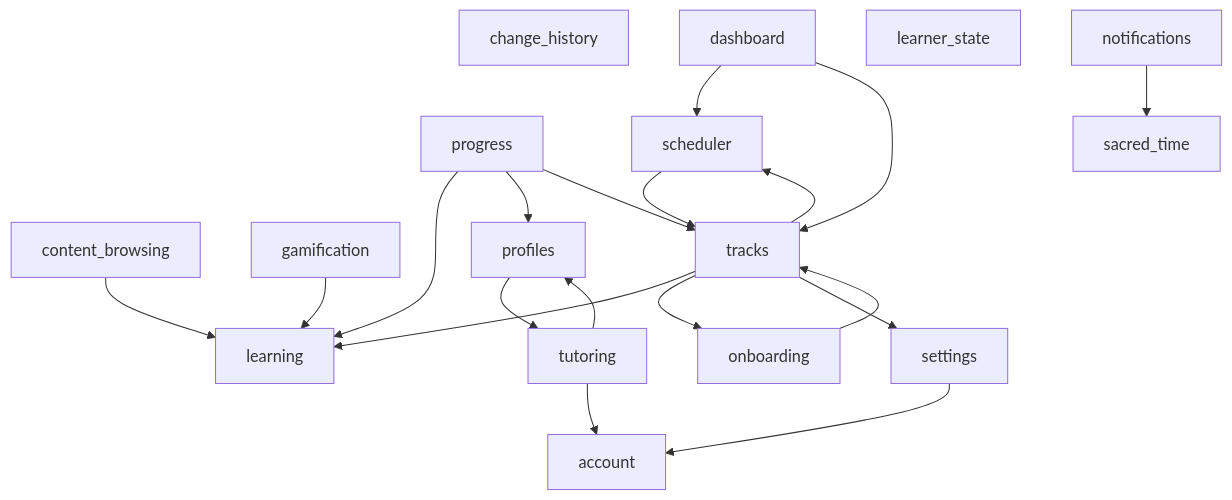
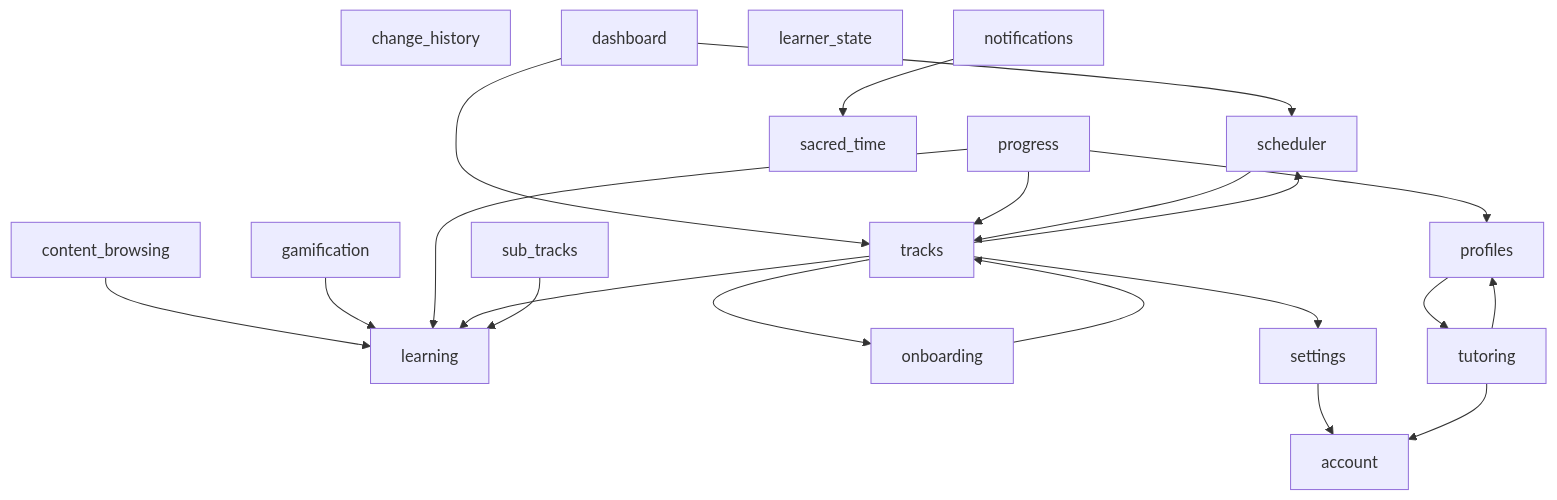
The second of 4 diagrams in docs/architecture.md (dniasoff/learning-tracker), drawn with Mermaid before and after one commit. The commit also changed 3 other files, not shown here.

First line of the commit message:
chore(sub-tracks): DNI-499 T8 feature graph lists sub_tracks and learner_state; seams cite their bead

````diff
--- a/docs/architecture.md
+++ b/docs/architecture.md
@@ -240,38 +240,39 @@
 ```mermaid
 graph TD
     account["account"]
     change_history["change_history"]
     content_browsing["content_browsing"]
     dashboard["dashboard"]
     gamification["gamification"]
     learner_state["learner_state"]
     learning["learning"]
     notifications["notifications"]
     onboarding["onboarding"]
     profiles["profiles"]
     progress["progress"]
     sacred_time["sacred_time"]
     scheduler["scheduler"]
     settings["settings"]
     tracks["tracks"]
     tutoring["tutoring"]
 
     content_browsing --> learning
     dashboard --> scheduler
     dashboard --> tracks
     gamification --> learning
     notifications --> sacred_time
     onboarding --> tracks
     profiles --> tutoring
     progress --> learning
     progress --> profiles
     progress --> tracks
     scheduler --> tracks
     settings --> account
     tracks --> learning
+    sub_tracks --> learning
     tracks --> onboarding
     tracks --> scheduler
     tracks --> settings
     tutoring --> account
     tutoring --> profiles
 ```
````
